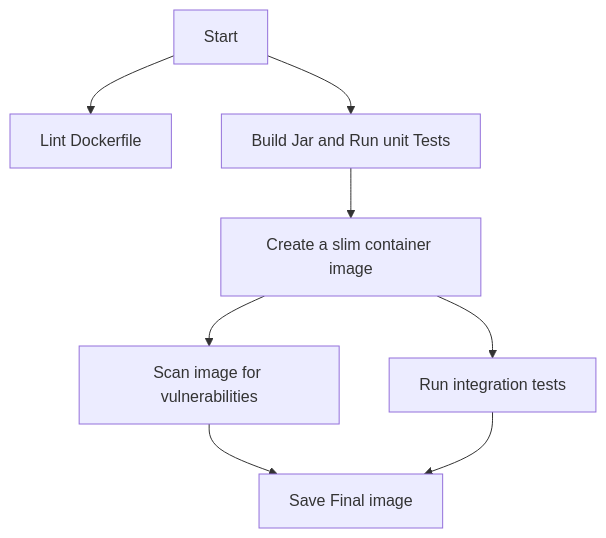
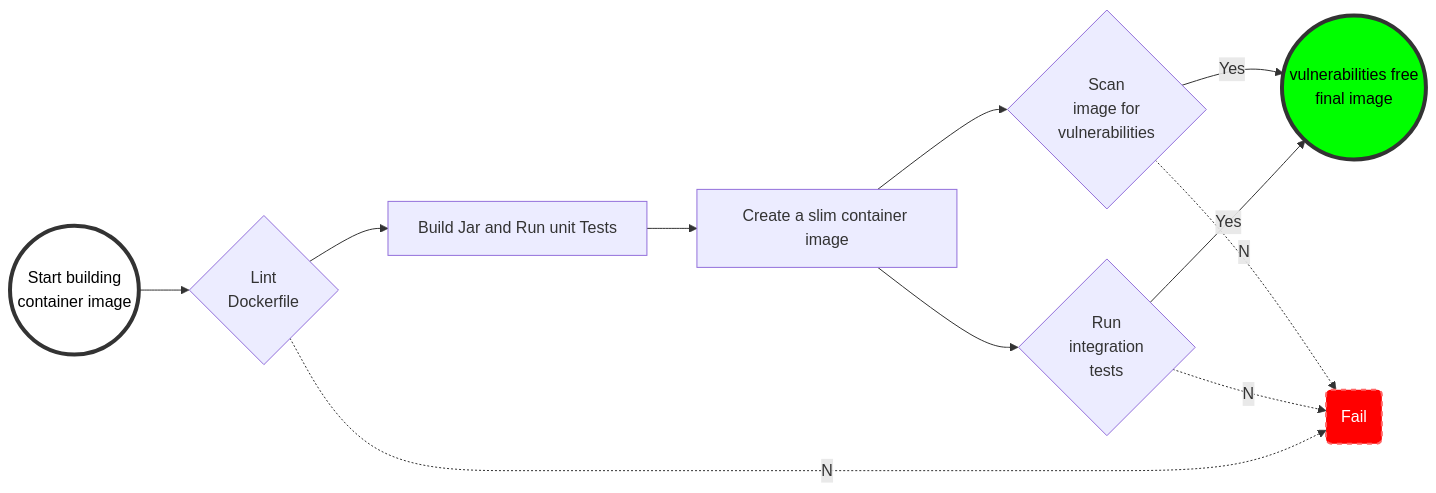
One commit to KondaReddyR/spring-demo changed the diagram in README.md. Above: the diagram before and after it, drawn with Mermaid. The commit also changed other lines of this file, not shown here.

Commit message:
Docs to install using Helm

````diff
--- a/README.md
+++ b/README.md
@@ -15,10 +21,16 @@
 ```mermaid
-  graph TD;
-      Start-->Linter[ Lint Dockerfile];
-      Start-->Builder[ Build Jar and Run unit Tests];
+  graph LR;
+      Start((Start building <br>container image))-->Linter{Lint </br> Dockerfile};      
+      Linter-->Builder[ Build Jar and Run unit Tests];
       Builder-->BaseImage[ Create a slim container image];
-      BaseImage-->vulnscan[ Scan image for vulnerabilities]
-      BaseImage-->IntTest[ Run integration tests]
-      vulnscan-->FinalImage[Save Final image]
-      IntTest-->FinalImage
+      BaseImage-->vulnscan{ Scan</br> image for</br> vulnerabilities}
+      BaseImage-->IntTest{ Run <br>integration <br>tests}
+      vulnscan--Yes-->FinalImage((vulnerabilities free<br> final image))
+      IntTest--Yes-->FinalImage
+      vulnscan-.No.->fail(Fail)
+      IntTest-.No.->fail
+      Linter-.No.->fail
+      style Start fill:#fff,stroke:#333,stroke-width:4px,color:#000
+      style fail fill:#f00,stroke:#f66,stroke-width:2px,color:#fff,stroke-dasharray: 5 5
+      style FinalImage fill:#0f0,stroke:#333,stroke-width:4px,color:#000
 ```
````
